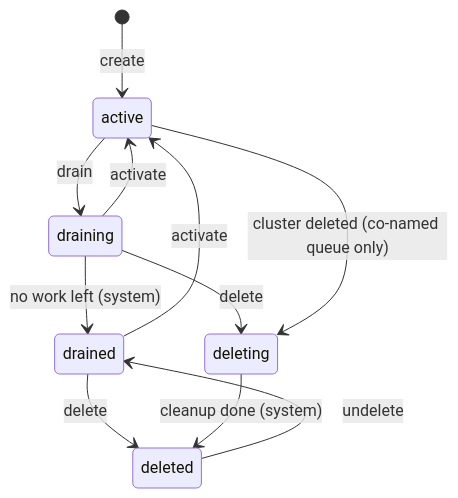
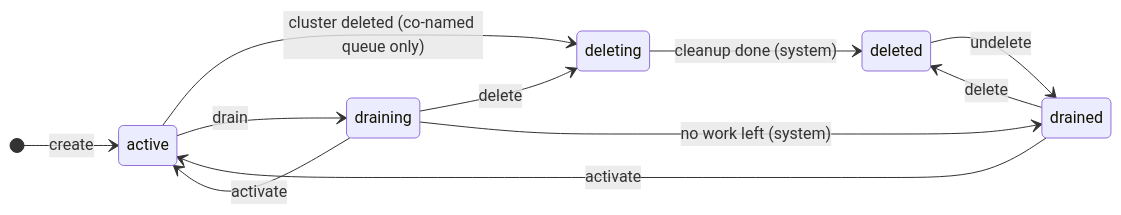
One commit to unionai/unionai-docs changed the second of 2 diagrams in content/user-guide/cluster-workload-management/queues.md. Above: the diagram before and after it, drawn with Mermaid. The commit also changed 1 other file, not shown here.

Commit message:
docs(lifecycle): lay out lifecycle state diagrams left-to-right without crossings
The top-to-bottom layout of the cluster and queue lifecycle diagrams
produced two crossing edge pairs and overlapping labels around the
deleting/deleted states. Switch both to direction LR and declare the
delete path first so the layout engine places deleting/deleted on the
top row and drained on the right: register/create → active → draining →
drained along the main path, the delete paths above it, and the two
activate edges below. Verified in the rendered pages: no crossings, no
overlapping labels.

Claude-Session: https://claude.ai/code/session_01WDgquzg1H4BD3VwwSnX7ve

````diff
--- a/content/user-guide/cluster-workload-management/queues.md
+++ b/content/user-guide/cluster-workload-management/queues.md
@@ -425,13 +425,14 @@
 ```mermaid
 stateDiagram-v2
+    direction LR
     [*] --> active: create
+    active --> deleting: cluster deleted (co-named queue only)
+    draining --> deleting: delete
+    deleting --> deleted: cleanup done (system)
     active --> draining: drain
     draining --> active: activate
     draining --> drained: no work left (system)
     drained --> active: activate
-    draining --> deleting: delete
     drained --> deleted: delete
-    active --> deleting: cluster deleted (co-named queue only)
-    deleting --> deleted: cleanup done (system)
     deleted --> drained: undelete
 ```
````
